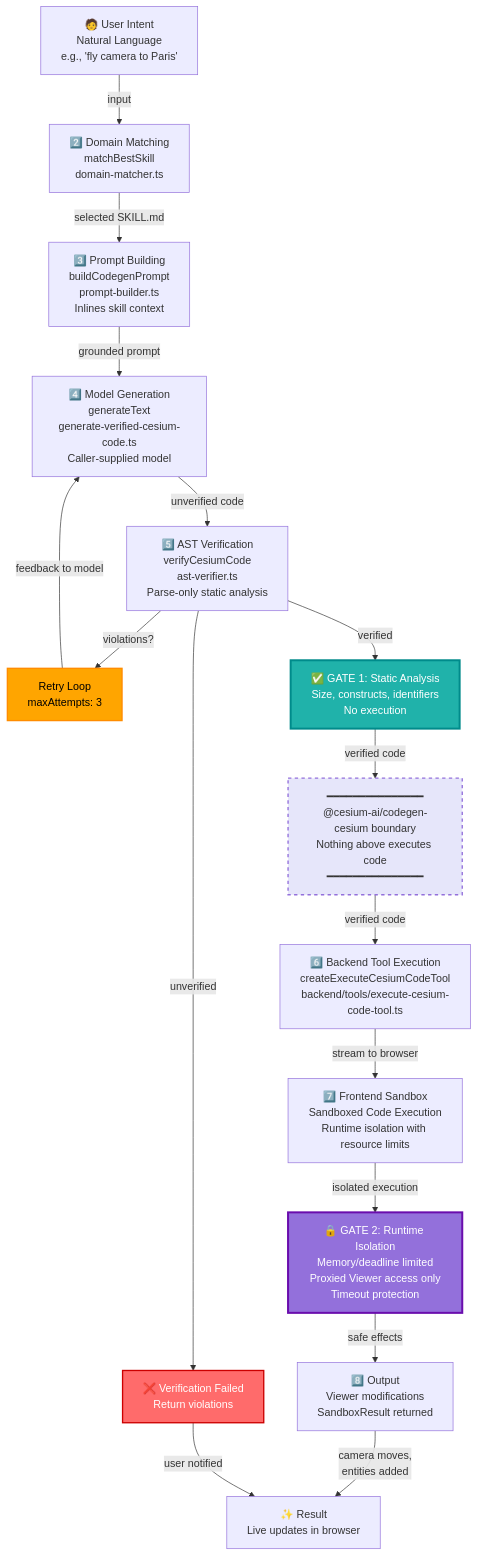
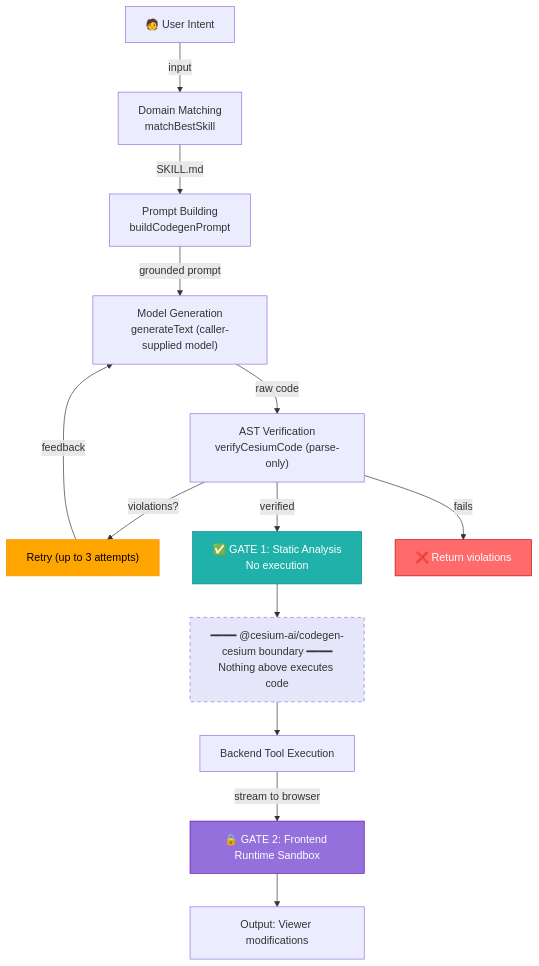
The diagram in packages/codegen-cesium/README.md (CesiumGS/cesiumjs-ai-starter-app), drawn with Mermaid before and after one commit. The commit also changed other lines of this file and 25 other files, not shown here.

````diff
--- a/packages/codegen-cesium/README.md
+++ b/packages/codegen-cesium/README.md
@@ -30,36 +9,21 @@
 ```mermaid
 graph TD
-    A["🧑 User Intent<br/>Natural Language<br/>e.g., 'fly camera to Paris'"] -->|input| B["2️⃣ Domain Matching<br/>matchBestSkill<br/>domain-matcher.ts"]
+    A["🧑 User Intent"] -->|input| B["Domain Matching<br/>matchBestSkill"]
+    B -->|SKILL.md| C["Prompt Building<br/>buildCodegenPrompt"]
+    C -->|grounded prompt| D["Model Generation<br/>generateText (caller-supplied model)"]
+    D -->|raw code| E["AST Verification<br/>verifyCesiumCode (parse-only)"]
+    E -->|violations?| E_retry["Retry (up to 3 attempts)"]
+    E_retry -->|feedback| D
+    E -->|verified| F["✅ GATE 1: Static Analysis<br/>No execution"]
+    F --> BOUNDARY["━━━━ @cesium-ai/codegen-cesium boundary ━━━━<br/>Nothing above executes code"]
+    BOUNDARY --> G["Backend Tool Execution"]
+    G -->|stream to browser| H["🔒 GATE 2: Frontend Runtime Sandbox"]
+    H --> I["Output: Viewer modifications"]
+    E -->|fails| REJECT["❌ Return violations"]
 
-    B -->|selected SKILL.md| C["3️⃣ Prompt Building<br/>buildCodegenPrompt<br/>prompt-builder.ts<br/>Inlines skill context"]
-
-    C -->|grounded prompt| D["4️⃣ Model Generation<br/>generateText<br/>generate-verified-cesium-code.ts<br/>Caller-supplied model"]
-
-    D -->|unverified code| E["5️⃣ AST Verification<br/>verifyCesiumCode<br/>ast-verifier.ts<br/>Parse-only static analysis"]
-
-    E -->|violations?| E_retry["Retry Loop<br/>maxAttempts: 3"]
-    E_retry -->|feedback to model| D
-
-    E -->|verified| F["✅ GATE 1: Static Analysis<br/>Size, constructs, identifiers<br/>No execution"]
-
-    F -->|verified code| BOUNDARY["━━━━━━━━━━━━━━━<br/>@cesium-ai/codegen-cesium boundary<br/>Nothing above executes code<br/>━━━━━━━━━━━━━━━"]
-
-    BOUNDARY -->|verified code| G["6️⃣ Backend Tool Execution<br/>createExecuteCesiumCodeTool<br/>backend/tools/execute-cesium-code-tool.ts"]
-
-    G -->|stream to browser| H["7️⃣ Frontend Sandbox<br/>Sandboxed Code Execution<br/>Runtime isolation with resource limits"]
-
-    H -->|isolated execution| I["🔒 GATE 2: Runtime Isolation<br/>Memory/deadline limited<br/>Proxied Viewer access only<br/>Timeout protection"]
-
-    I -->|safe effects| J["8️⃣ Output<br/>Viewer modifications<br/>SandboxResult returned"]
-
-    J -->|camera moves,<br/>entities added| K["✨ Result<br/>Live updates in browser"]
-
-    E -->|unverified| REJECT["❌ Verification Failed<br/>Return violations"]
-    REJECT -->|user notified| K
-
-    style F fill:#20B2AA,stroke:#008B8B,stroke-width:3px,color:#fff
-    style I fill:#9370DB,stroke:#6A0DAD,stroke-width:3px,color:#fff
-    style BOUNDARY fill:#E6E6FA,stroke:#9370DB,stroke-width:2px,stroke-dasharray: 5 5
-    style E_retry fill:#FFA500,stroke:#FF8C00,stroke-width:2px,color:#000
-    style REJECT fill:#FF6B6B,stroke:#CC0000,stroke-width:2px,color:#fff
+    style F fill:#20B2AA,stroke:#008B8B,color:#fff
+    style H fill:#9370DB,stroke:#6A0DAD,color:#fff
+    style BOUNDARY fill:#E6E6FA,stroke:#9370DB,stroke-dasharray: 5 5
+    style E_retry fill:#FFA500,stroke:#FF8C00,color:#000
+    style REJECT fill:#FF6B6B,stroke:#CC0000,color:#fff
 ```
````
